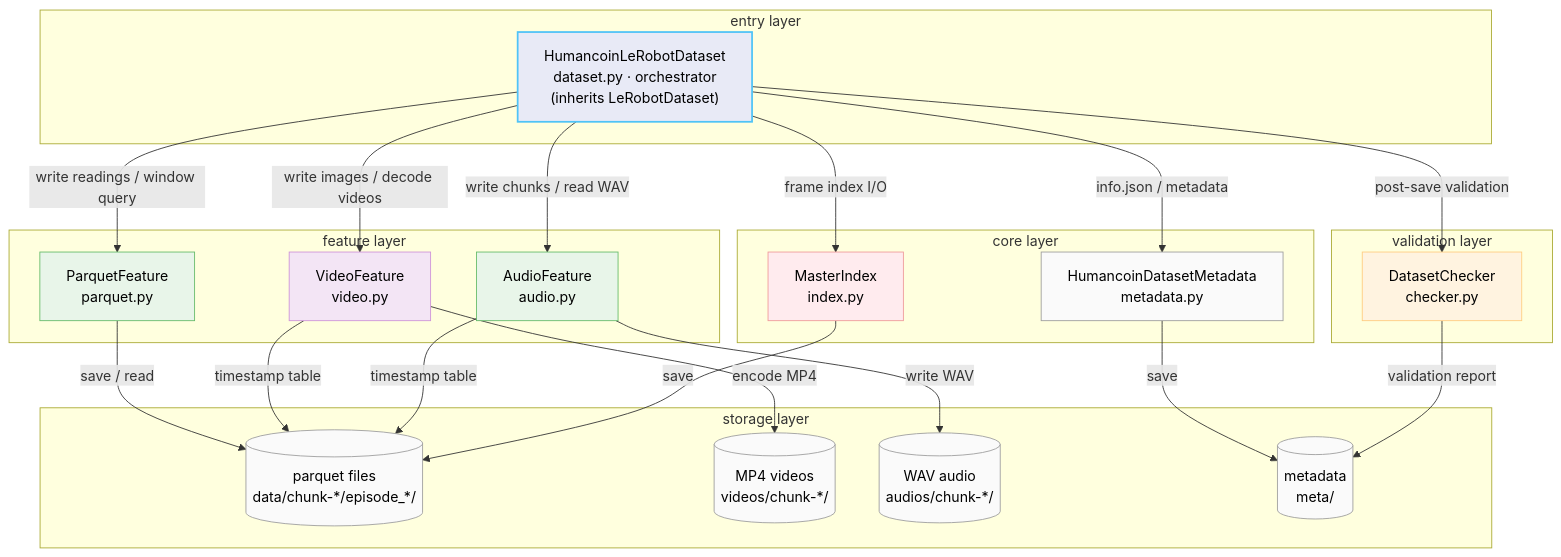
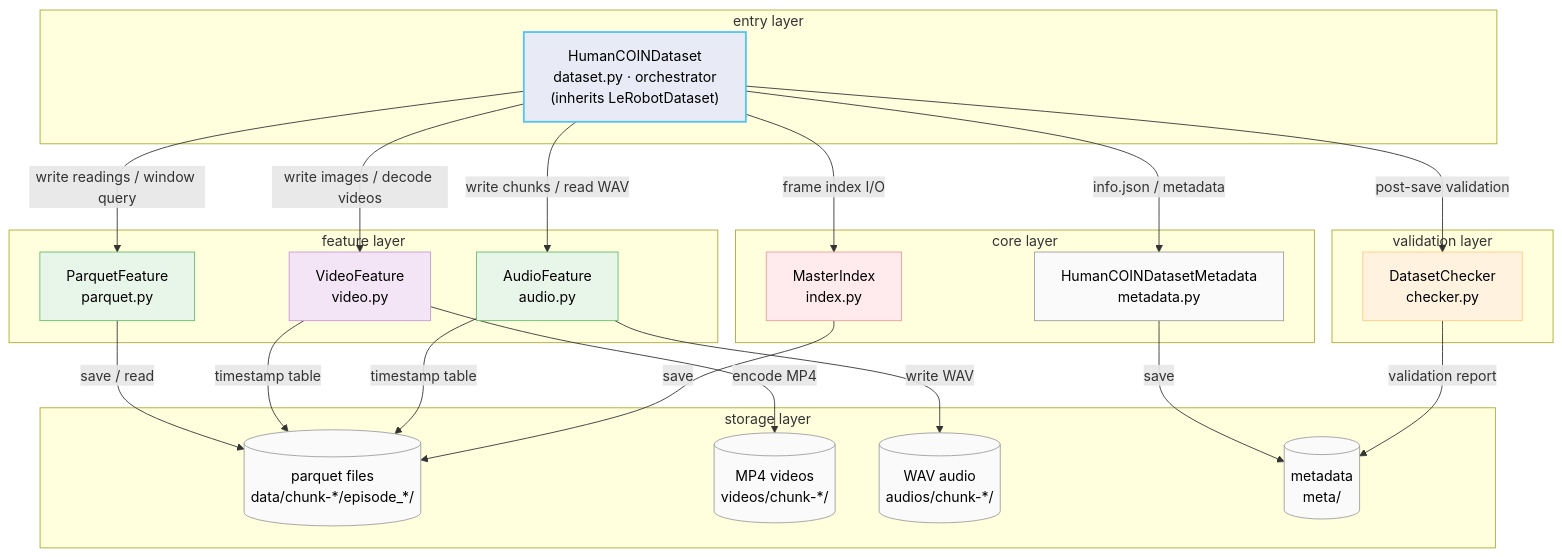
The fourth of 4 diagrams in README.md (FlagOpen/HumanCOIN), drawn with Mermaid before and after one commit. The commit also changed other lines of this file and 30 other files, not shown here.

````diff
--- a/README.md
+++ b/README.md
@@ -716,55 +714,55 @@
 ```mermaid
 flowchart TB
     subgraph Entry["entry layer"]
-        DS["HumancoinLeRobotDataset<br/>dataset.py · orchestrator<br/>(inherits LeRobotDataset)"]
+        DS["HumanCOINDataset<br/>dataset.py · orchestrator<br/>(inherits LeRobotDataset)"]
     end
 
     subgraph Core["core layer"]
         IX["MasterIndex<br/>index.py"]
-        MD["HumancoinDatasetMetadata<br/>metadata.py"]
+        MD["HumanCOINDatasetMetadata<br/>metadata.py"]
     end
 
     subgraph Features["feature layer"]
         PF["ParquetFeature<br/>parquet.py"]
         VF["VideoFeature<br/>video.py"]
         AuF["AudioFeature<br/>audio.py"]
     end
 
     subgraph Validate["validation layer"]
         CK["DatasetChecker<br/>checker.py"]
     end
 
     subgraph Store["storage layer"]
         PQ[("parquet files<br/>data/chunk-*/episode_*/")]
         MP4[("MP4 videos<br/>videos/chunk-*/")]
         WAV[("WAV audio<br/>audios/chunk-*/")]
         META[("metadata<br/>meta/")]
     end
 
     DS -->|"frame index I/O"| IX
     DS -->|"info.json / metadata"| MD
     DS -->|"write readings / window query"| PF
     DS -->|"write images / decode videos"| VF
     DS -->|"write chunks / read WAV"| AuF
     DS -->|"post-save validation"| CK
     PF -->|"save / read"| PQ
     VF -->|"encode MP4"| MP4
     VF -->|"timestamp table"| PQ
     AuF -->|"write WAV"| WAV
     AuF -->|"timestamp table"| PQ
     IX -->|"save"| PQ
     MD -->|"save"| META
     CK -->|"validation report"| META
 
     style DS fill:#e8eaf6,stroke:#4fc3f7,stroke-width:2px,color:#000
     style IX fill:#ffebee,stroke:#ef9a9a,color:#000
     style MD fill:#fafafa,stroke:#9e9e9e,color:#000
     style PF fill:#e8f5e9,stroke:#66bb6a,color:#000
     style VF fill:#f3e5f5,stroke:#ce93d8,color:#000
     style AuF fill:#e8f5e9,stroke:#66bb6a,color:#000
     style CK fill:#fff3e0,stroke:#ffcc80,color:#000
     style PQ fill:#fafafa,stroke:#9e9e9e,color:#000
     style MP4 fill:#fafafa,stroke:#9e9e9e,color:#000
     style WAV fill:#fafafa,stroke:#9e9e9e,color:#000
     style META fill:#fafafa,stroke:#9e9e9e,color:#000
 ```
````
